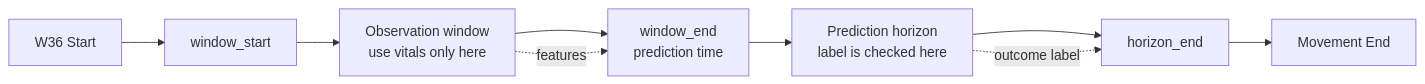
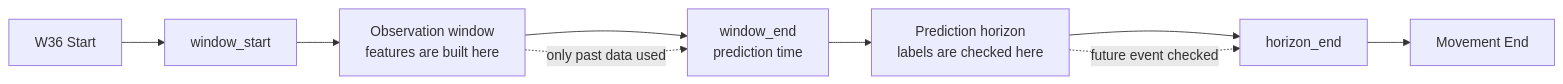
Before and after one commit to azusahanabi/CGH-Project-Early-Deterioration-Prediction-Dataset-creation: the second of 3 diagrams in README.md, drawn with Mermaid. The commit also changed other lines of this file, not shown here.

````diff
--- a/README.md
+++ b/README.md
@@ -277,12 +422,12 @@
 ```mermaid
 flowchart LR
     A[W36 Start] --> B[window_start]
-    B --> C[Observation window<br/>use vitals only here]
+    B --> C[Observation window<br/>features are built here]
     C --> D[window_end<br/>prediction time]
-    D --> E[Prediction horizon<br/>label is checked here]
+    D --> E[Prediction horizon<br/>labels are checked here]
     E --> F[horizon_end]
     F --> G[Movement End]
 
-    C -. features .-> D
-    E -. outcome label .-> F
+    C -. only past data used .-> D
+    E -. future event checked .-> F
 ```
````
